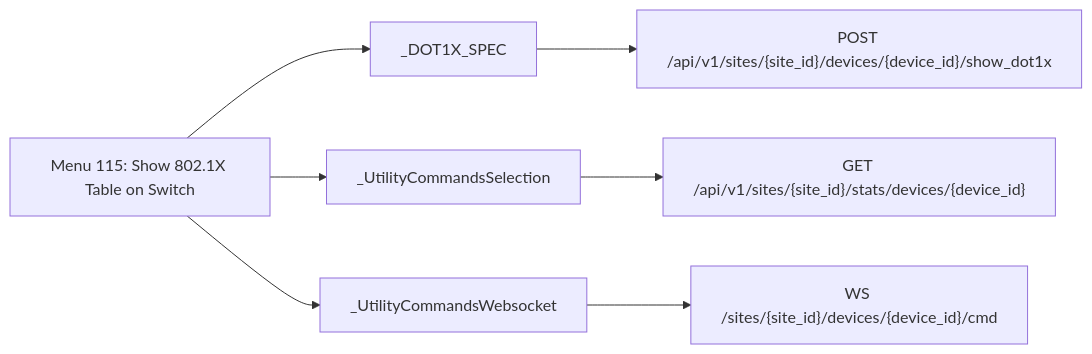
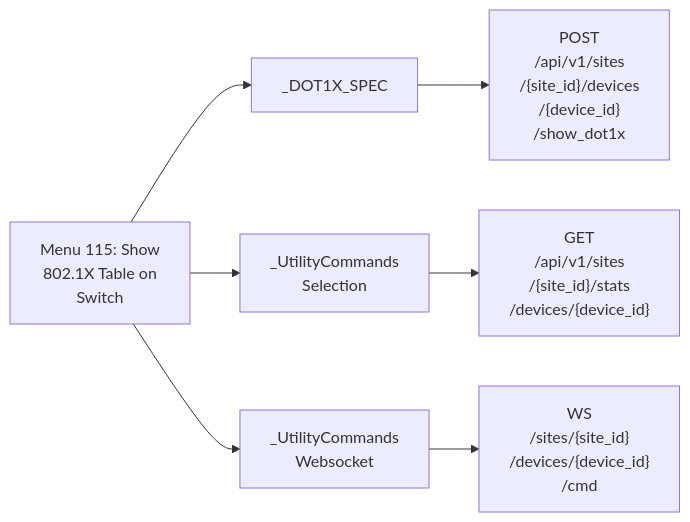
One commit to jmorrison-juniper/MistHelper changed diagram 15 of 23 in documentation/menu-api/websocket.md. Above: the diagram before and after it, drawn with Mermaid. The commit also changed other lines of this file and 19 other files, not shown here.

First line of the commit message:
docs(menu-api): fit the Mermaid diagrams to the wiki column

````diff
--- a/documentation/menu-api/websocket.md
+++ b/documentation/menu-api/websocket.md
@@ -443,10 +351,10 @@
 ```mermaid
 flowchart LR
-    menu["Menu 115: Show 802.1X Table on Switch"]
+    menu["Menu 115: Show<br/>802.1X Table on<br/>Switch"]
     menu --> c1["_DOT1X_SPEC"]
-    c1 --> e1["POST /api/v1/sites/{site_id}/devices/{device_id}/show_dot1x"]
-    menu --> c2["_UtilityCommandsSelection"]
-    c2 --> e2["GET /api/v1/sites/{site_id}/stats/devices/{device_id}"]
-    menu --> c3["_UtilityCommandsWebsocket"]
-    c3 --> e3["WS /sites/{site_id}/devices/{device_id}/cmd"]
+    c1 --> e1["POST<br/>/api/v1/sites<br/>/{site_id}/devices<br/>/{device_id}<br/>/show_dot1x"]
+    menu --> c2["_UtilityCommands<br/>Selection"]
+    c2 --> e2["GET<br/>/api/v1/sites<br/>/{site_id}/stats<br/>/devices/{device_id}"]
+    menu --> c3["_UtilityCommands<br/>Websocket"]
+    c3 --> e3["WS<br/>/sites/{site_id}<br/>/devices/{device_id}<br/>/cmd"]
 ```
````
